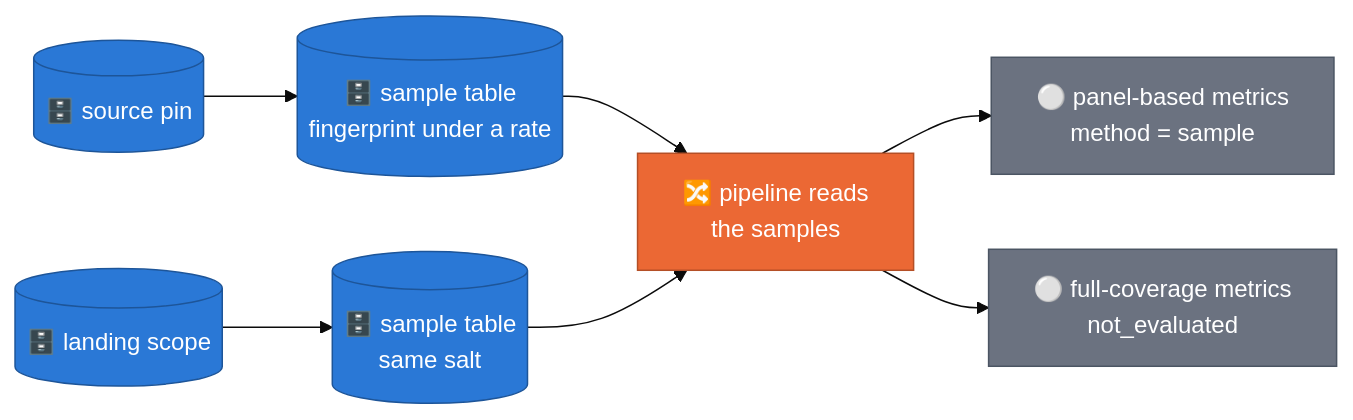
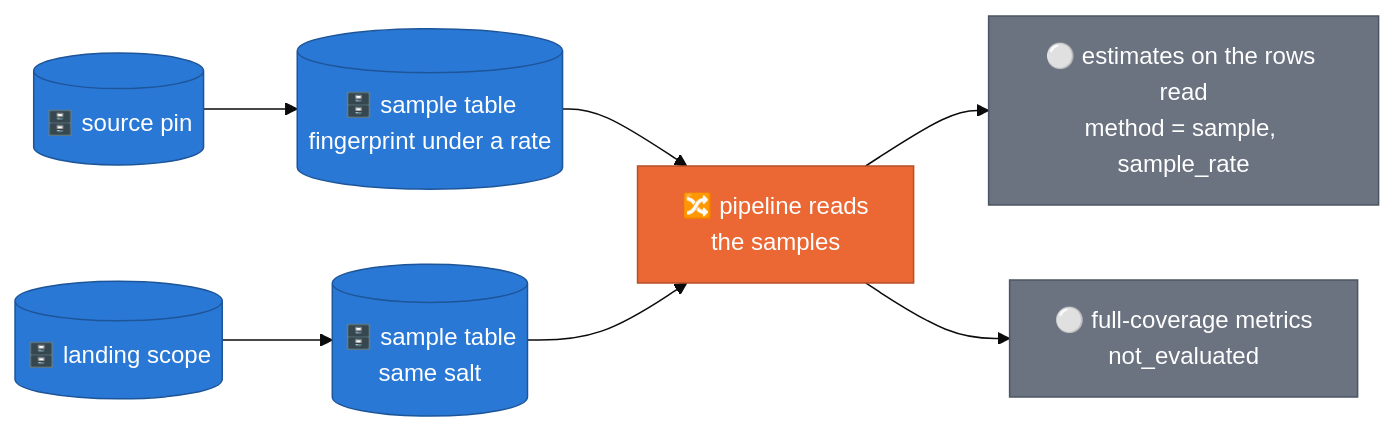
Before and after one commit to albertols/synthetic-llm-dataflow-bigquery: diagram 13 of 27 in docs/designs/2026-07-07-evaluation-framework-design.md, drawn with Mermaid (base theme). The commit also changed other lines of this file and 6 other files, not shown here.

````diff
--- a/docs/designs/2026-07-07-evaluation-framework-design.md
+++ b/docs/designs/2026-07-07-evaluation-framework-design.md
@@ -461,12 +461,12 @@
 ```mermaid
 flowchart LR
   classDef beam  fill:#eb6834,color:#fff,stroke:#b44f26
   classDef store fill:#2a78d6,color:#fff,stroke:#1d5599
   classDef data  fill:#6b7280,color:#fff,stroke:#4b5563
   S[("🗄️ source pin")]:::store --> SS[("🗄️ sample table<br/>fingerprint under a rate")]:::store
   L[("🗄️ landing scope")]:::store --> LS[("🗄️ sample table<br/>same salt")]:::store
   SS --> P["🔀 pipeline reads<br/>the samples"]:::beam
   LS --> P
-  P --> M1["⚪ panel-based metrics<br/>method = sample"]:::data
+  P --> M1["⚪ estimates on the rows read<br/>method = sample, sample_rate"]:::data
   P --> M2["⚪ full-coverage metrics<br/>not_evaluated"]:::data
 ```
````
